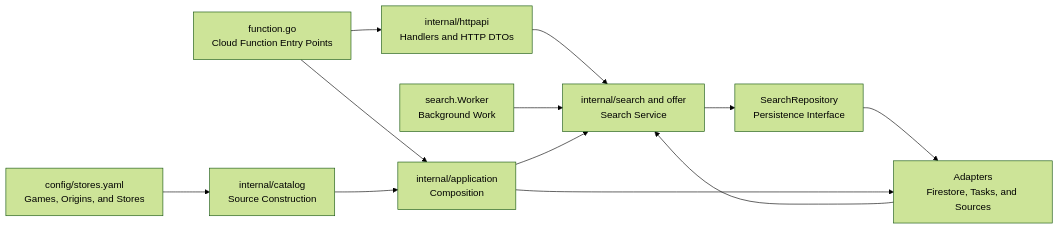
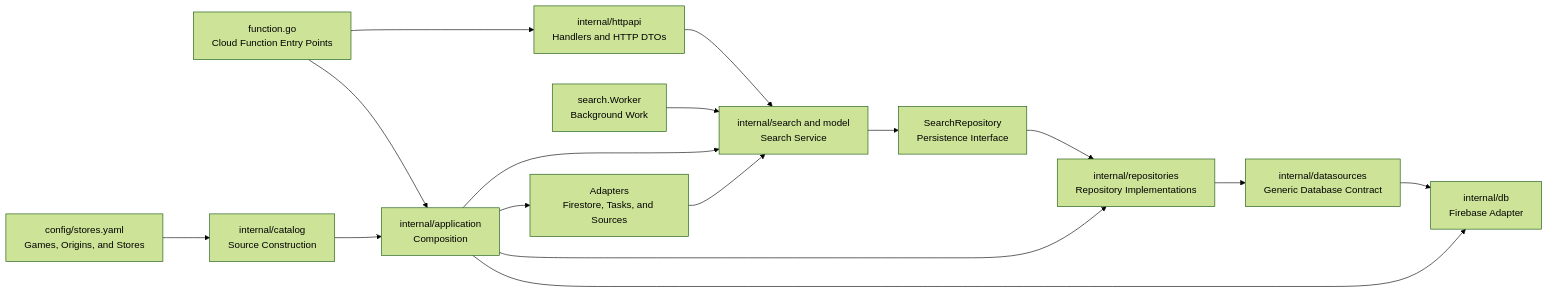
One commit to metaliaw/muchi changed the second of 2 diagrams in backend/docs/architecture.md. Above: the diagram before and after it, drawn with Mermaid (forest theme). The commit also changed other lines of this file and 103 other files, not shown here.

````diff
--- a/backend/docs/architecture.md
+++ b/backend/docs/architecture.md
@@ -142,24 +142,31 @@
 ```mermaid
 flowchart LR
     function[function.go<br/>Cloud Function Entry Points]
     transport[internal/httpapi<br/>Handlers and HTTP DTOs]
     application[internal/application<br/>Composition]
     catalog[internal/catalog<br/>Source Construction]
-    domain[internal/search and offer<br/>Search Service]
+    domain[internal/search and model<br/>Search Service]
     repository[SearchRepository<br/>Persistence Interface]
+    repositories[internal/repositories<br/>Repository Implementations]
+    datasources[internal/datasources<br/>Generic Database Contract]
+    database[internal/db<br/>Firebase Adapter]
     worker[search.Worker<br/>Background Work]
     config[config/stores.yaml<br/>Games, Origins, and Stores]
     adapters[Adapters<br/>Firestore, Tasks, and Sources]
 
     function --> transport
     function --> application
     transport --> domain
     worker --> domain
     domain --> repository
-    repository --> adapters
+    repository --> repositories
+    repositories --> datasources
+    datasources --> database
+    application --> database
+    application --> repositories
     config --> catalog
     catalog --> application
     application --> domain
     application --> adapters
     adapters --> domain
 ```
````
